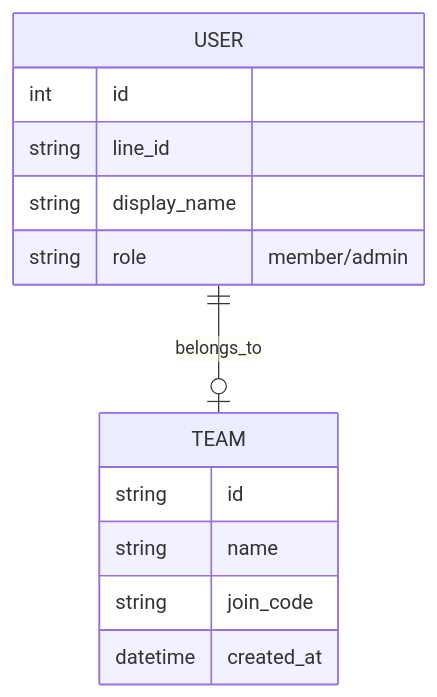
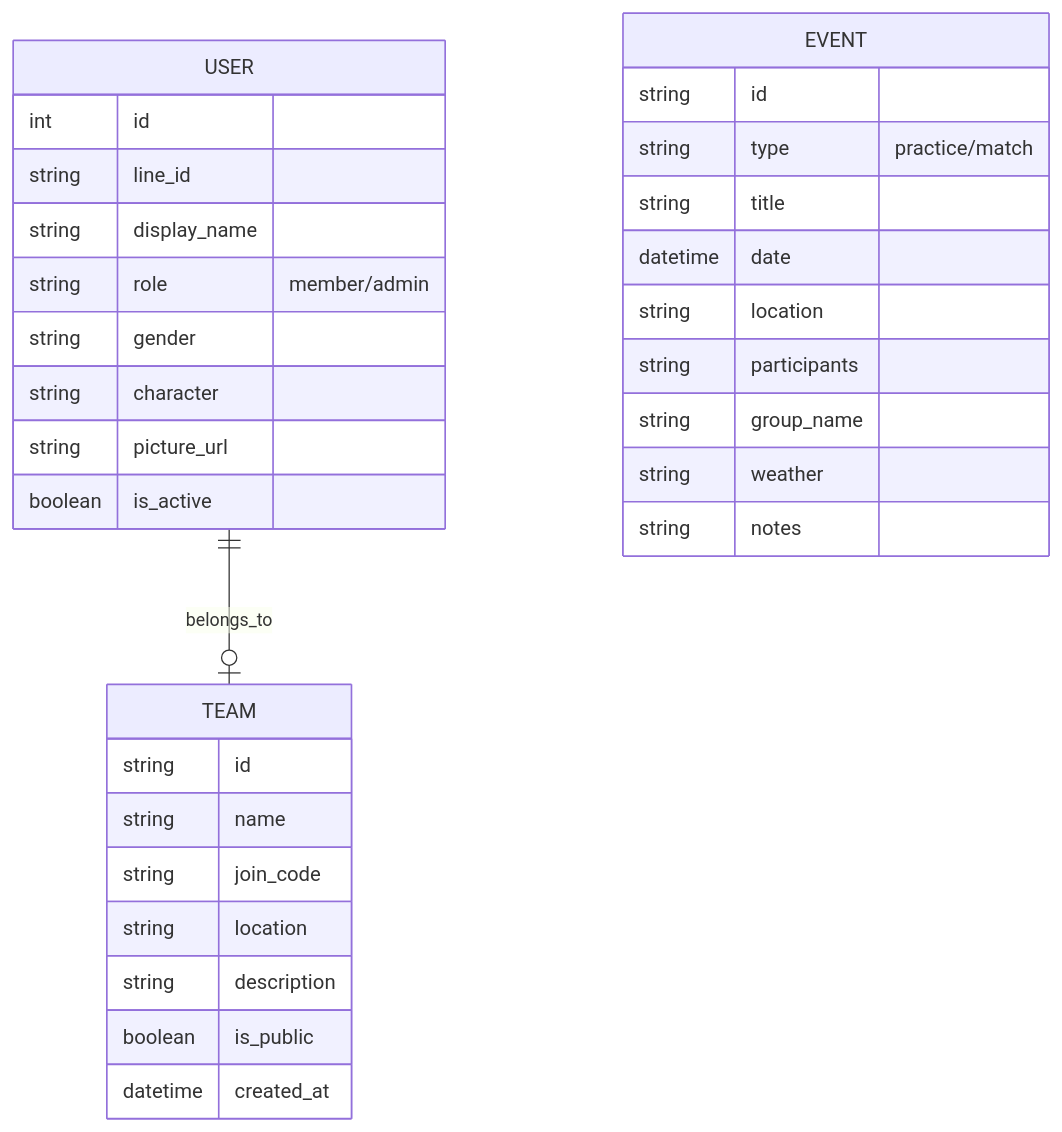
One commit to xmanflasher/linebot-training-backend changed the fourth of 4 diagrams in docs/system_design.md. Above: the diagram before and after it, drawn with Mermaid. The commit also changed 1 other file, not shown here.

Commit message:
docs: update system analysis and design with new features

````diff
--- a/docs/system_design.md
+++ b/docs/system_design.md
@@ -80,16 +80,34 @@
 ```mermaid
 erDiagram
     USER ||--o| TEAM : belongs_to
     USER {
         int id
         string line_id
         string display_name
         string role "member/admin"
+        string gender
+        string character
+        string picture_url
+        boolean is_active
     }
     TEAM {
         string id
         string name
         string join_code
+        string location
+        string description
+        boolean is_public
         datetime created_at
     }
+    EVENT {
+        string id
+        string type "practice/match"
+        string title
+        datetime date
+        string location
+        string participants
+        string group_name
+        string weather
+        string notes
+    }
 ```
````
